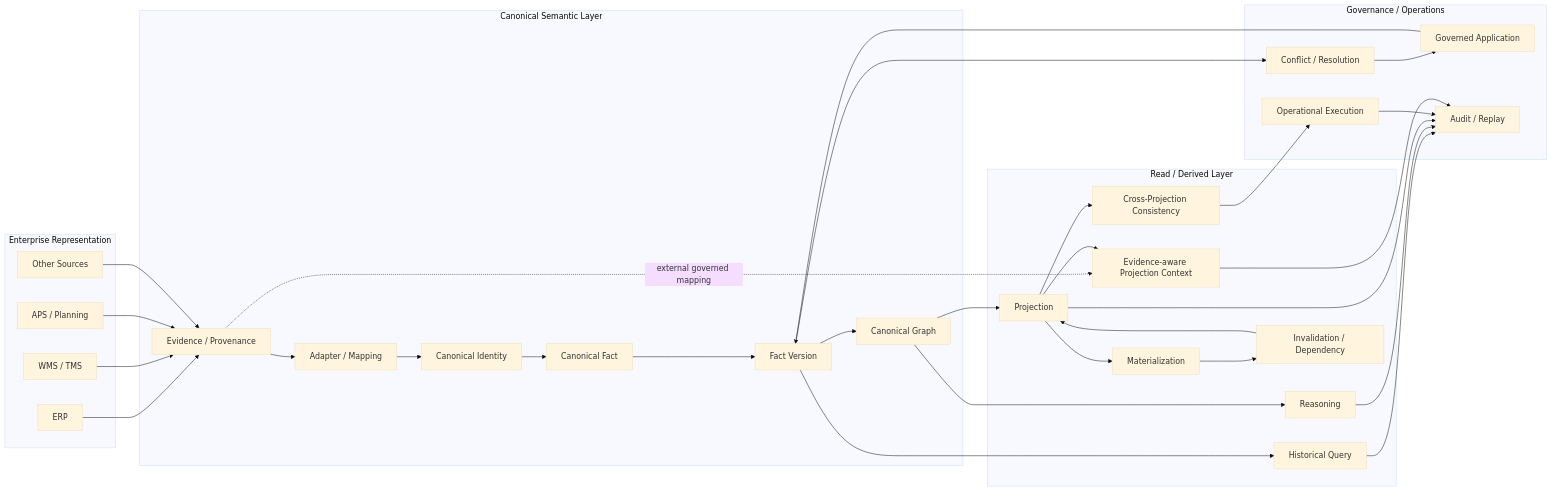
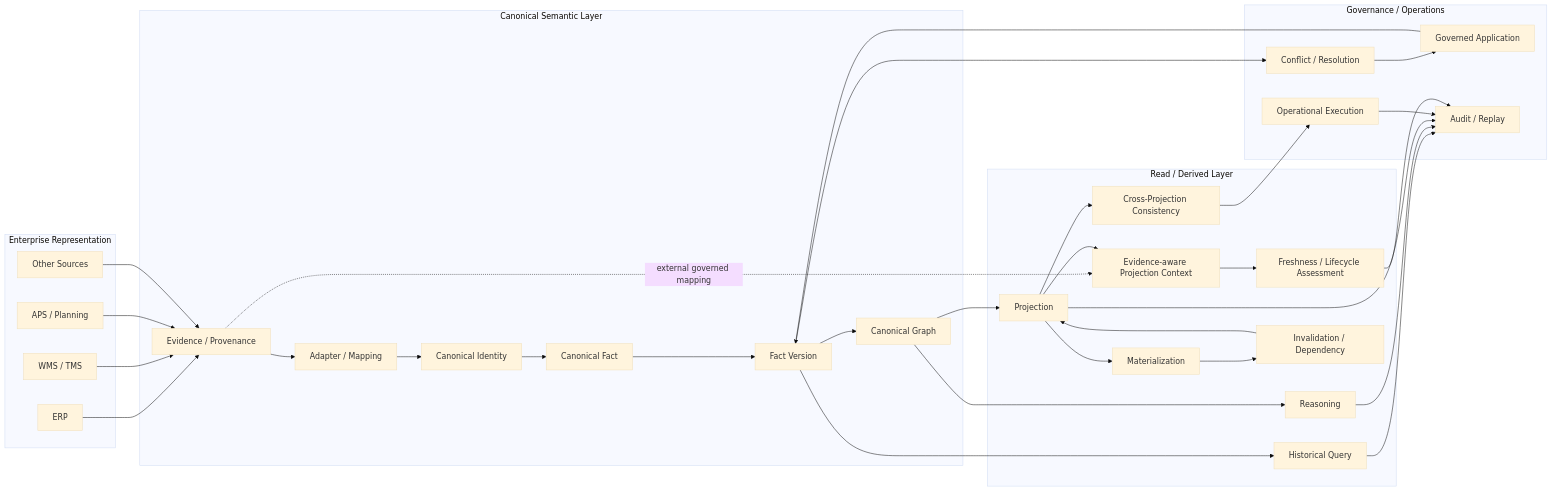
The first of 4 diagrams in docs/architecture/current-architecture.md (miumigy/scm-ontology), drawn with Mermaid (base theme) before and after one commit. The commit also changed other lines of this file, not shown here.

Commit message:
docs(s324): align architecture with projection lifecycle runtime

````diff
--- a/docs/architecture/current-architecture.md
+++ b/docs/architecture/current-architecture.md
@@ -11,54 +11,55 @@
 ```mermaid
 flowchart LR
     subgraph ENTERPRISE[Enterprise Representation]
         E1[ERP]
         E2[WMS / TMS]
         E3[APS / Planning]
         E4[Other Sources]
     end
 
     subgraph CANON[Canonical Semantic Layer]
         A[Evidence / Provenance]
         B[Adapter / Mapping]
         C[Canonical Identity]
         D[Canonical Fact]
         E[Fact Version]
         F[Canonical Graph]
     end
 
     subgraph DERIVED[Read / Derived Layer]
         G[Historical Query]
         H[Reasoning]
         I[Projection]
         J[Materialization]
         K[Invalidation / Dependency]
         L[Cross-Projection Consistency]
         Q[Evidence-aware Projection Context]
+        R[Freshness / Lifecycle Assessment]
     end
 
     subgraph GOV[Governance / Operations]
         M[Conflict / Resolution]
         N[Governed Application]
         O[Operational Execution]
         P[Audit / Replay]
     end
 
     E1 --> A
     E2 --> A
     E3 --> A
     E4 --> A
     A --> B --> C --> D --> E --> F
     E --> G
     F --> H
     F --> I --> J --> K --> I
     I --> L
     L --> O
     E --> M --> N
     N --> E
     G --> P
     H --> P
     I --> P
     O --> P
     A -. external governed mapping .-> Q
-    I --> Q --> P
+    I --> Q --> R --> P
 ```
````
